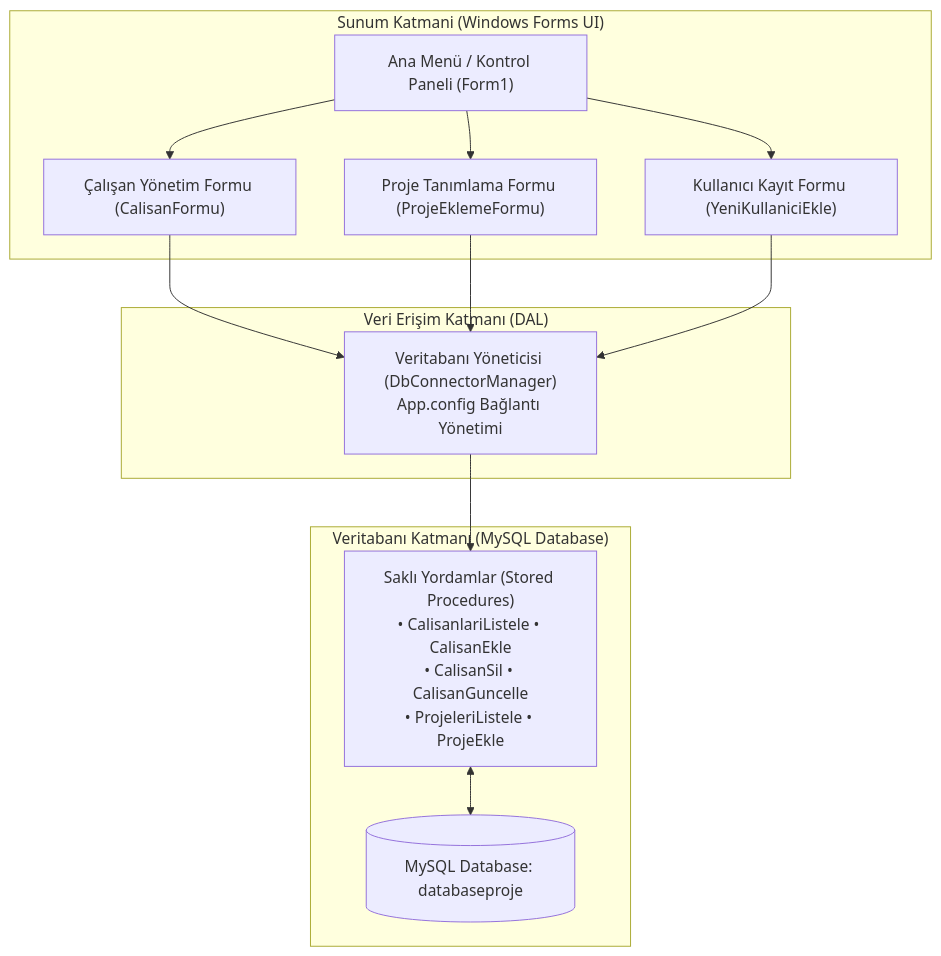
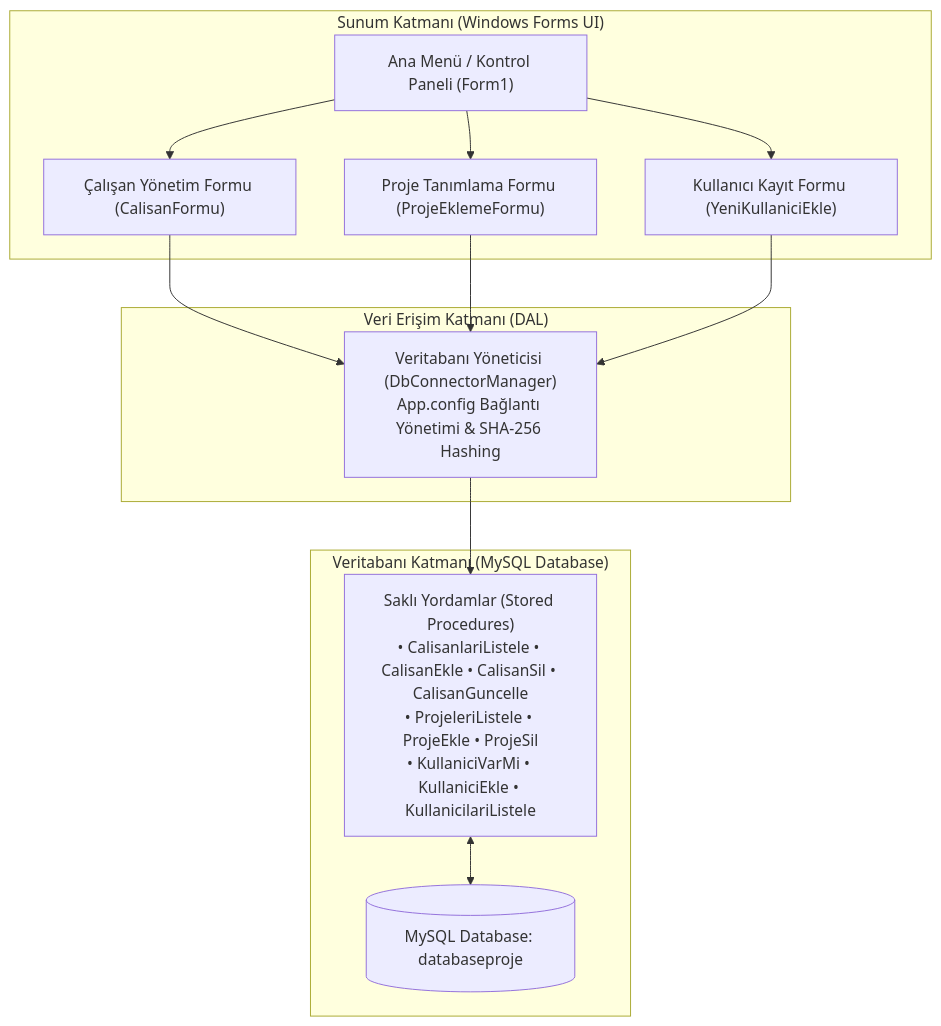
The diagram in README.md (Leonidass-dev/ProjeYonetimSistemi), drawn with Mermaid before and after one commit. The commit also changed other lines of this file and 8 other files, not shown here.

Commit message:
refactor: fix stored procedure calls, add SHA-256 password hashing, enhance UX and update docs

````diff
--- a/README.md
+++ b/README.md
@@ -15,27 +16,27 @@
 ```mermaid
 flowchart TD
-    subgraph UI ["Sunum Katmani (Windows Forms UI)"]
+    subgraph UI ["Sunum Katmanı (Windows Forms UI)"]
         F1["Ana Menü / Kontrol Paneli (Form1)"]
         F2["Çalışan Yönetim Formu (CalisanFormu)"]
         F3["Proje Tanımlama Formu (ProjeEklemeFormu)"]
         F4["Kullanıcı Kayıt Formu (YeniKullaniciEkle)"]
     end
 
     subgraph DAL ["Veri Erişim Katmanı (DAL)"]
-        DBC["Veritabanı Yöneticisi (DbConnectorManager)<br/>App.config Bağlantı Yönetimi"]
+        DBC["Veritabanı Yöneticisi (DbConnectorManager)<br/>App.config Bağlantı Yönetimi & SHA-256 Hashing"]
     end
 
     subgraph DB_LAYER ["Veritabanı Katmanı (MySQL Database)"]
         DB[("MySQL Database: databaseproje")]
-        SP["Saklı Yordamlar (Stored Procedures)<br/>• CalisanlariListele • CalisanEkle<br/>• CalisanSil • CalisanGuncelle<br/>• ProjeleriListele • ProjeEkle"]
+        SP["Saklı Yordamlar (Stored Procedures)<br/>• CalisanlariListele • CalisanEkle • CalisanSil • CalisanGuncelle<br/>• ProjeleriListele • ProjeEkle • ProjeSil<br/>• KullaniciVarMi • KullaniciEkle • KullanicilariListele"]
     end
 
     F1 --> F2
     F1 --> F3
     F1 --> F4
     F2 --> DBC
     F3 --> DBC
     F4 --> DBC
     DBC --> SP
     SP <--> DB
 ```
````
